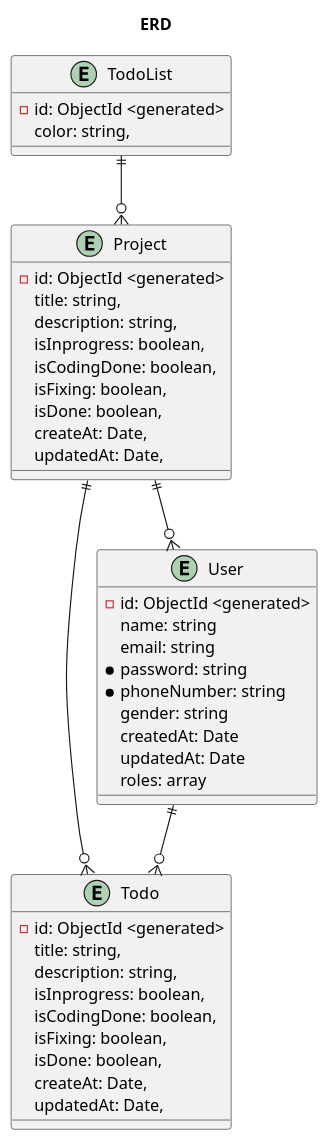
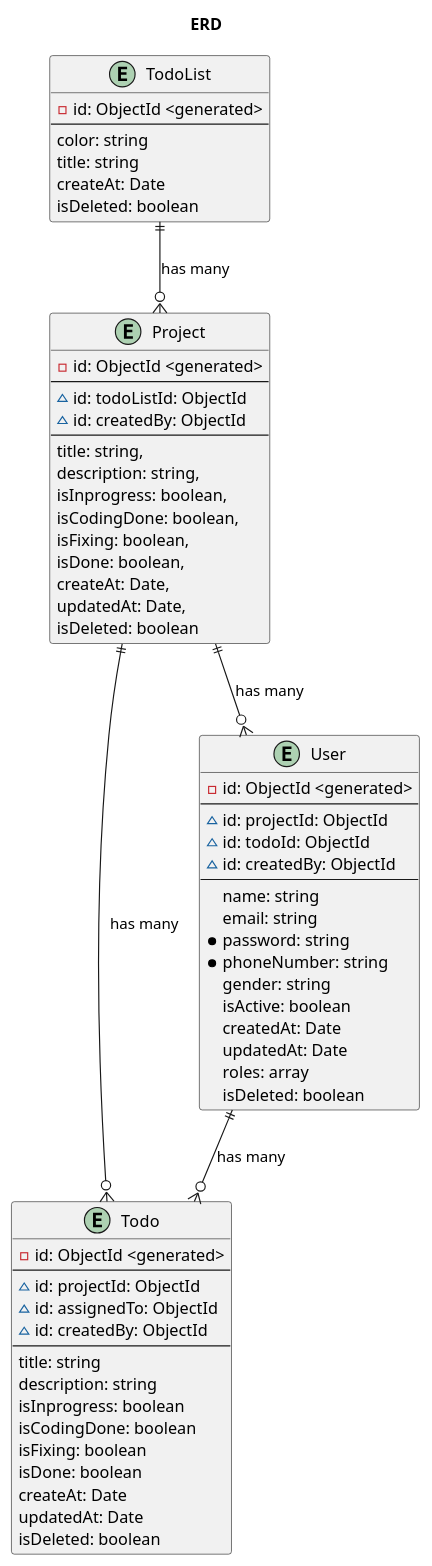
The diagram in lb-4-tutorial/docs/enityRelationship/ERD.puml (taint3110/LB4_Tutorial), drawn with PlantUML before and after one commit.

```diff
--- a/lb-4-tutorial/docs/enityRelationship/ERD.puml
+++ b/lb-4-tutorial/docs/enityRelationship/ERD.puml
@@ -1,74 +1,74 @@
 @startuml Application use cases diagram
 skinparam actorStyle awesome
 title ERD
 
 
 entity TodoList{
   -id: ObjectId <generated>
-  color: string,
+  --
+  color: string
+  title: string
+  createAt: Date
+  isDeleted: boolean
 }
 
 entity Todo{
   -id: ObjectId <generated>
+  --
+  ~id: projectId: ObjectId
+  ~id: assignedTo: ObjectId
+  ~id: createdBy: ObjectId
+  --
+  title: string
+  description: string
+  isInprogress: boolean
+  isCodingDone: boolean
+  isFixing: boolean
+  isDone: boolean
+  createAt: Date
+  updatedAt: Date
+  isDeleted: boolean
+}
+
+entity Project {
+  -id: ObjectId <generated>
+  --
+  ~id: todoListId: ObjectId
+  ~id: createdBy: ObjectId
+  --
   title: string,
   description: string,
   isInprogress: boolean,
   isCodingDone: boolean,
   isFixing: boolean,
   isDone: boolean,
   createAt: Date,
   updatedAt: Date,
-}
-
-entity Project {
-  -id: ObjectId <generated>
-  title: string,
-  description: string,
-  isInprogress: boolean,
-  isCodingDone: boolean,
-  isFixing: boolean,
-  isDone: boolean,
-  createAt: Date,
-  updatedAt: Date,
+  isDeleted: boolean
 }
 
 entity User {
   -id: ObjectId <generated>
+  --
+  ~id: projectId: ObjectId
+  ~id: todoId: ObjectId
+  ~id: createdBy: ObjectId
+  --
   name: string
   email: string
   *password: string
   *phoneNumber: string
   gender: string
+  isActive: boolean
   createdAt: Date
   updatedAt: Date
   roles: array
+  isDeleted: boolean
 }
 
-
-TodoList ||--o{ Project
-Project ||--o{ User
-Project ||--o{ Todo
-User ||--o{ Todo
-' Customer ||--o{
-  
-  ' Customer ||--o{
-    
-    ' Customer ||-- Information
-    ' Agency ||--o{
-      
-      ' Agency ||--o{
-        
-        ' Agency ||--o{
-          
-          ' Agency ||-- Information
-
-          ' Admin "belong to" ||--|| Customer
-
-          ' Customer  ||--o{
-            
-            ' Agency  ||--o{
-              
-              ' Admin  ||--o{
-                
+TodoList ||--o{ Project: has many
+Project ||--o{ User: has many
+Project ||--o{ Todo: has many
+User ||--o{ Todo: has many
 
 @enduml
```
